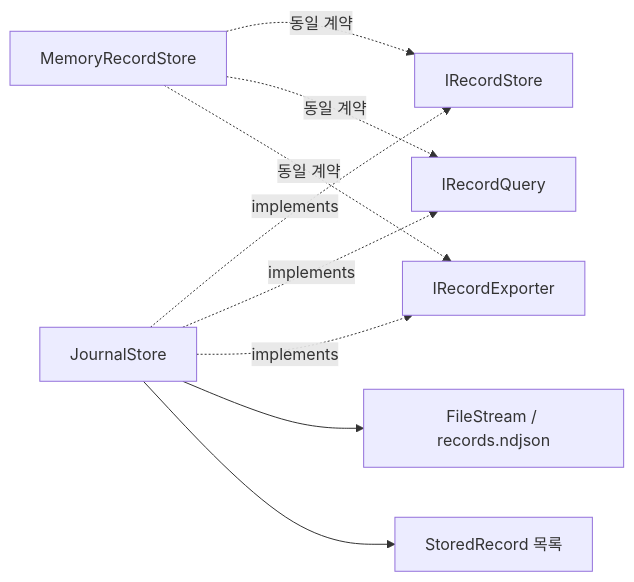
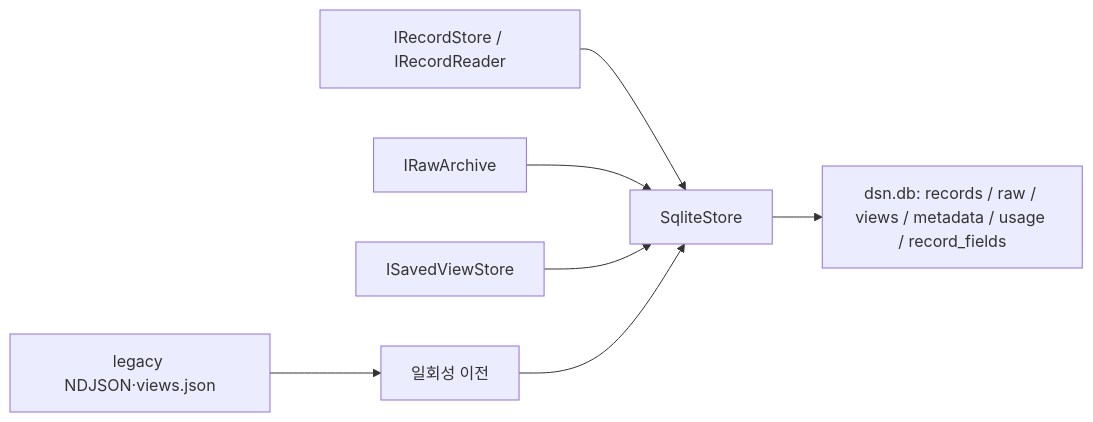
One commit to south-hive/project-dsn changed the fourth of 6 diagrams in docs/05-component-design.md. Above: the diagram before and after it, drawn with Mermaid. The commit also changed other lines of this file and 69 other files, not shown here.

Commit message:
Release local DSN pipelines, SQLite persistence, app SDKs and Presenter

````diff
--- a/docs/05-component-design.md
+++ b/docs/05-component-design.md
@@ -143,11 +73,8 @@
 ```mermaid
 flowchart LR
-    J["JournalStore"] -. "implements" .-> S["IRecordStore"]
-    J -. "implements" .-> Q["IRecordQuery"]
-    J -. "implements" .-> E["IRecordExporter"]
-    J --> F["FileStream / records.ndjson"]
-    J --> R["StoredRecord 목록"]
-    M["MemoryRecordStore"] -. "동일 계약" .-> S
-    M -. "동일 계약" .-> Q
-    M -. "동일 계약" .-> E
+    R["IRecordStore / IRecordReader"] --> S["SqliteStore"]
+    A["IRawArchive"] --> S
+    V["ISavedViewStore"] --> S
+    S --> DB["dsn.db: records / raw / views / metadata / usage / record_fields"]
+    L["legacy NDJSON·views.json"] --> M["일회성 이전"] --> S
 ```
````
